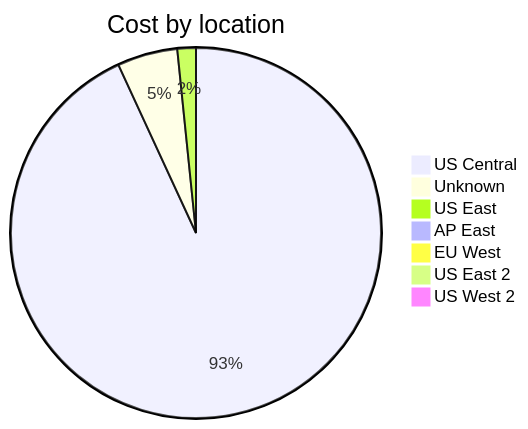
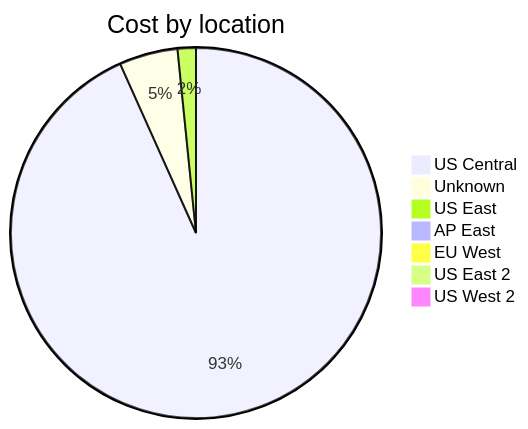
One commit to jpfulton/azure-personal-reports changed the third of 4 diagrams in cost-reports/accumulated-cost.md. Above: the diagram before and after it, drawn with Mermaid. The commit also changed other lines of this file and 4 other files, not shown here.

````diff
--- a/cost-reports/accumulated-cost.md
+++ b/cost-reports/accumulated-cost.md
@@ -123,11 +123,11 @@
 ```mermaid
 pie
    title Cost by location
-   "US Central" : 2.30
-   "Unknown" : 0.13
-   "US East" : 0.04
+   "US Central" : 2.92
+   "Unknown" : 0.16
+   "US East" : 0.05
    "AP East" : 0.00
    "EU West" : 0.00
    "US East 2" : 0.00
    "US West 2" : 0.00
 ```
````
